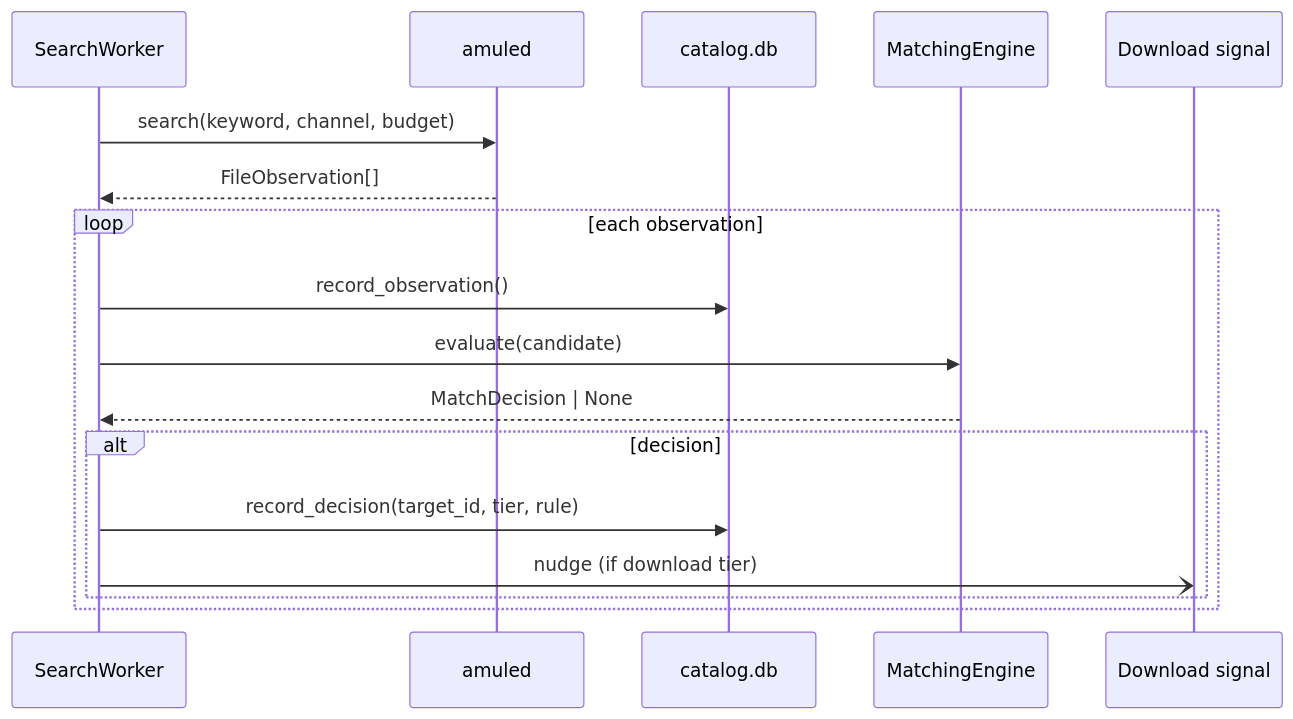
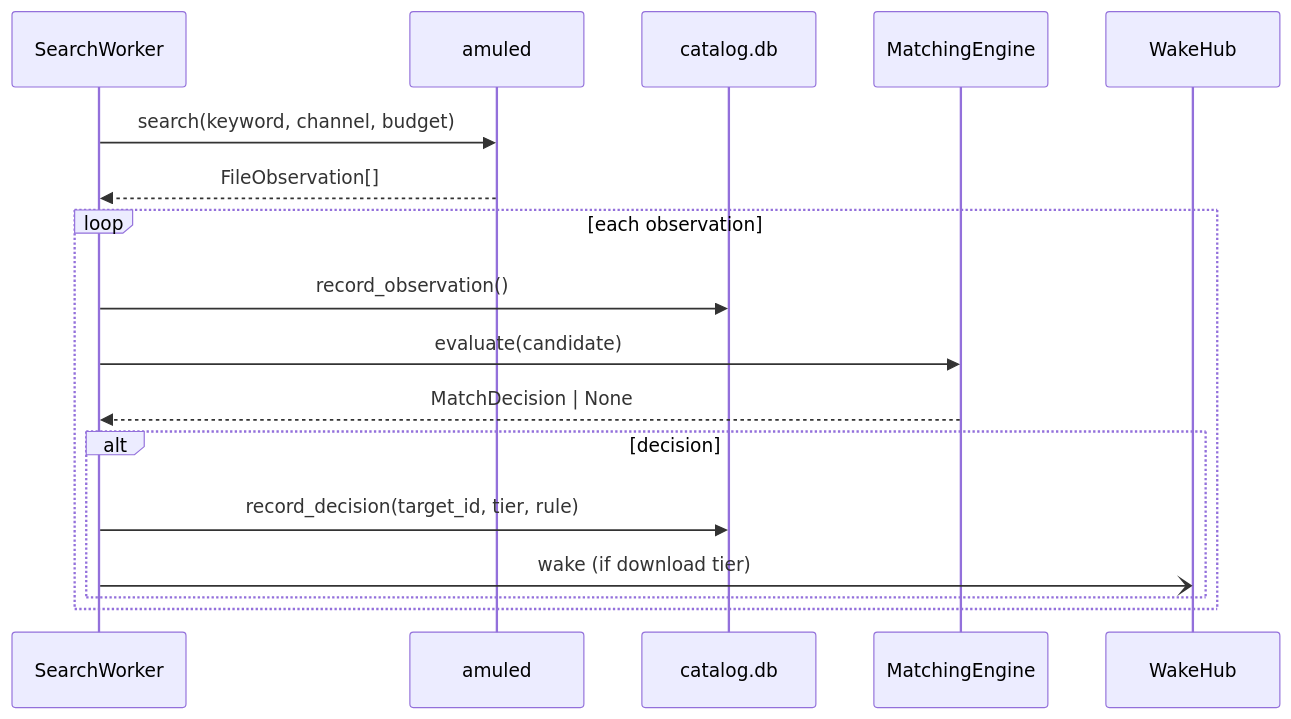
The sixth of 12 diagrams in docs/contributing/architecture.md (mission-titar/p2pwatch), drawn with Mermaid before and after one commit. The commit also changed 22 other files, not shown here.

First line of the commit message:
refactor(crawler): the wake hub, one name from the decision to the download loop

````diff
--- a/docs/contributing/architecture.md
+++ b/docs/contributing/architecture.md
@@ -215,20 +215,20 @@
 ```mermaid
 sequenceDiagram
   participant W as SearchWorker
   participant A as amuled
   participant C as catalog.db
   participant E as MatchingEngine
-  participant D as Download signal
+  participant D as WakeHub
 
   W->>A: search(keyword, channel, budget)
   A-->>W: FileObservation[]
   loop each observation
     W->>C: record_observation()
     W->>E: evaluate(candidate)
     E-->>W: MatchDecision | None
     alt decision
       W->>C: record_decision(target_id, tier, rule)
-      W-)D: nudge (if download tier)
+      W-)D: wake (if download tier)
     end
   end
 ```
````
